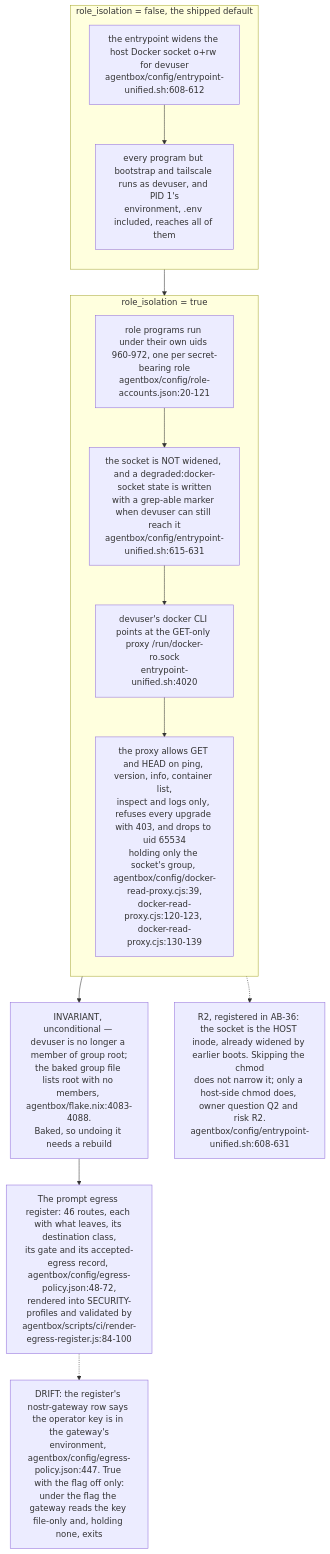
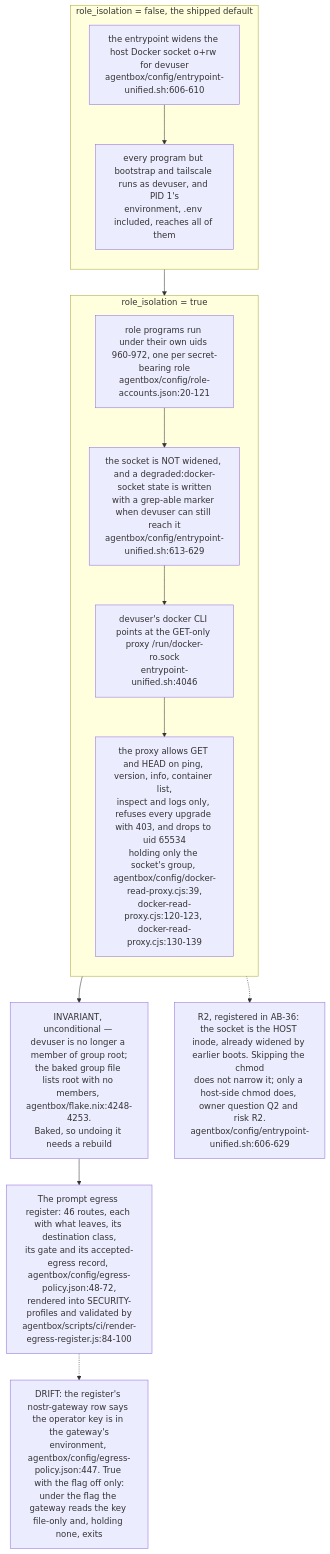
The tenth of 11 diagrams in docs/diagrams/estate/10-deployment-and-security-profiles.md (DreamLab-AI/VisionFlow), drawn with Mermaid before and after one commit. The commit also changed other lines of this file and 5 other files, not shown here.

````diff
--- a/docs/diagrams/estate/10-deployment-and-security-profiles.md
+++ b/docs/diagrams/estate/10-deployment-and-security-profiles.md
@@ -404,24 +405,24 @@
 ```mermaid
 flowchart TB
     subgraph OFF["role_isolation = false, the shipped default"]
         direction TB
-        O1["the entrypoint widens the host Docker socket o+rw for devuser<br/>agentbox/config/entrypoint-unified.sh:608-612"]
+        O1["the entrypoint widens the host Docker socket o+rw for devuser<br/>agentbox/config/entrypoint-unified.sh:606-610"]
         O2["every program but bootstrap and tailscale runs as devuser, and PID 1's<br/>environment, .env included, reaches all of them"]
         O1 --> O2
     end
     subgraph ON["role_isolation = true"]
         direction TB
         A1["role programs run under their own uids 960-972, one per secret-bearing role<br/>agentbox/config/role-accounts.json:20-121"]
-        A2["the socket is NOT widened, and a degraded:docker-socket state is written<br/>with a grep-able marker when devuser can still reach it<br/>agentbox/config/entrypoint-unified.sh:615-631"]
-        A3["devuser's docker CLI points at the GET-only proxy /run/docker-ro.sock<br/>entrypoint-unified.sh:4020"]
+        A2["the socket is NOT widened, and a degraded:docker-socket state is written<br/>with a grep-able marker when devuser can still reach it<br/>agentbox/config/entrypoint-unified.sh:613-629"]
+        A3["devuser's docker CLI points at the GET-only proxy /run/docker-ro.sock<br/>entrypoint-unified.sh:4046"]
         A4["the proxy allows GET and HEAD on ping, version, info, container list,<br/>inspect and logs only, refuses every upgrade with 403, and drops to uid 65534<br/>holding only the socket's group, agentbox/config/docker-read-proxy.cjs:39,<br/>docker-read-proxy.cjs:120-123, docker-read-proxy.cjs:130-139"]
         A1 --> A2 --> A3 --> A4
     end
     OFF --> ON
-    GR["INVARIANT, unconditional — devuser is no longer a member of group root;<br/>the baked group file lists root with no members, agentbox/flake.nix:4083-4088.<br/>Baked, so undoing it needs a rebuild"]
+    GR["INVARIANT, unconditional — devuser is no longer a member of group root;<br/>the baked group file lists root with no members, agentbox/flake.nix:4248-4253.<br/>Baked, so undoing it needs a rebuild"]
     ON --> GR
     EG["The prompt egress register: 46 routes, each with what leaves, its destination class,<br/>its gate and its accepted-egress record, agentbox/config/egress-policy.json:48-72,<br/>rendered into SECURITY-profiles and validated by<br/>agentbox/scripts/ci/render-egress-register.js:84-100"]
     GR --> EG
-    A2 -.-> OPEN2["R2, registered in AB-36: the socket is the HOST inode, already widened by earlier boots. Skipping the chmod<br/>does not narrow it; only a host-side chmod does, owner question Q2 and risk R2.<br/>agentbox/config/entrypoint-unified.sh:608-631"]
+    A2 -.-> OPEN2["R2, registered in AB-36: the socket is the HOST inode, already widened by earlier boots. Skipping the chmod<br/>does not narrow it; only a host-side chmod does, owner question Q2 and risk R2.<br/>agentbox/config/entrypoint-unified.sh:606-629"]
     EG -.-> DR["DRIFT: the register's nostr-gateway row says the operator key is in the gateway's<br/>environment, agentbox/config/egress-policy.json:447. True with the flag off only:<br/>under the flag the gateway reads the key file-only and, holding none, exits"]
 ```
````
